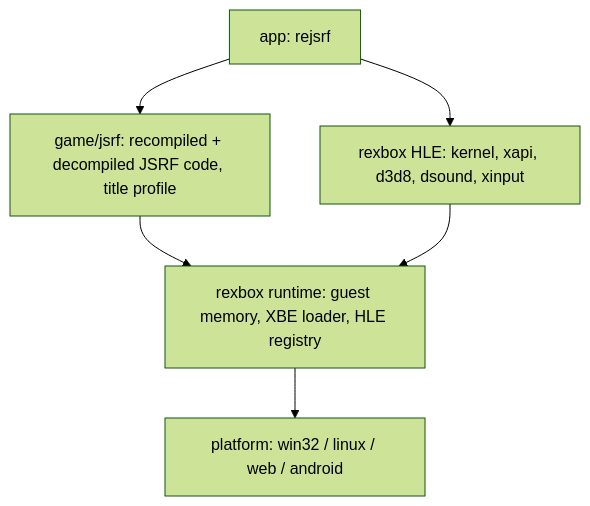
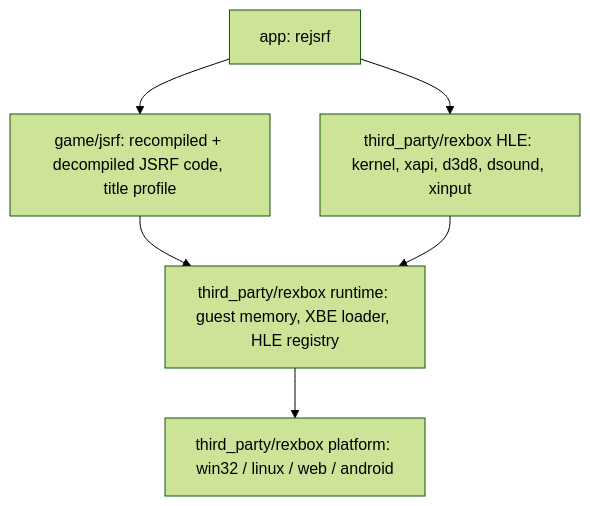
Before and after one commit to nworkers/reJSRF: the diagram in README.md, drawn with Mermaid (forest theme). The commit also changed other lines of this file and 172 other files, not shown here.

Commit message:
v0.0.47: use the shared rexbox runtime as a submodule (#102)

````diff
--- a/README.md
+++ b/README.md
@@ -15,8 +15,8 @@
 ```mermaid
 flowchart TD
     APP["app: rejsrf"] --> GAME["game/jsrf: recompiled + decompiled JSRF code, title profile"]
-    APP --> HLE["rexbox HLE: kernel, xapi, d3d8, dsound, xinput"]
-    GAME --> RT["rexbox runtime: guest memory, XBE loader, HLE registry"]
+    APP --> HLE["third_party/rexbox HLE: kernel, xapi, d3d8, dsound, xinput"]
+    GAME --> RT["third_party/rexbox runtime: guest memory, XBE loader, HLE registry"]
     HLE --> RT
-    RT --> PLAT["platform: win32 / linux / web / android"]
+    RT --> PLAT["third_party/rexbox platform: win32 / linux / web / android"]
 ```
````
